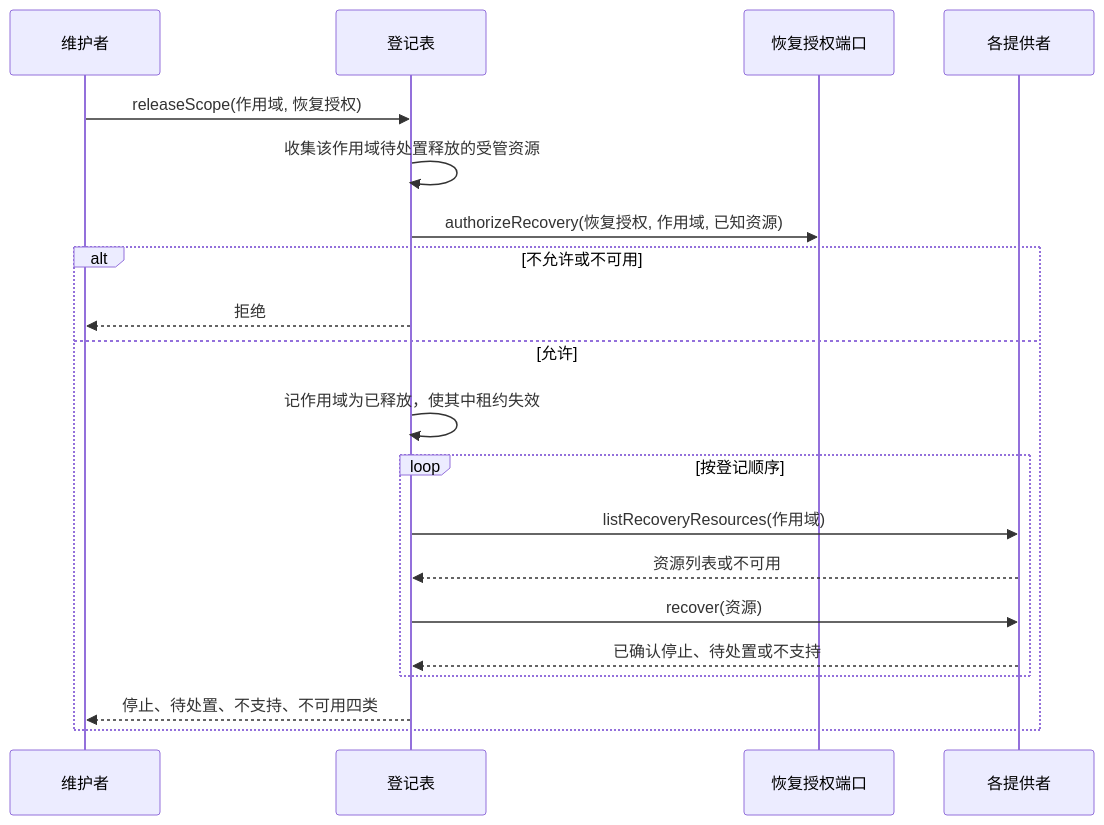
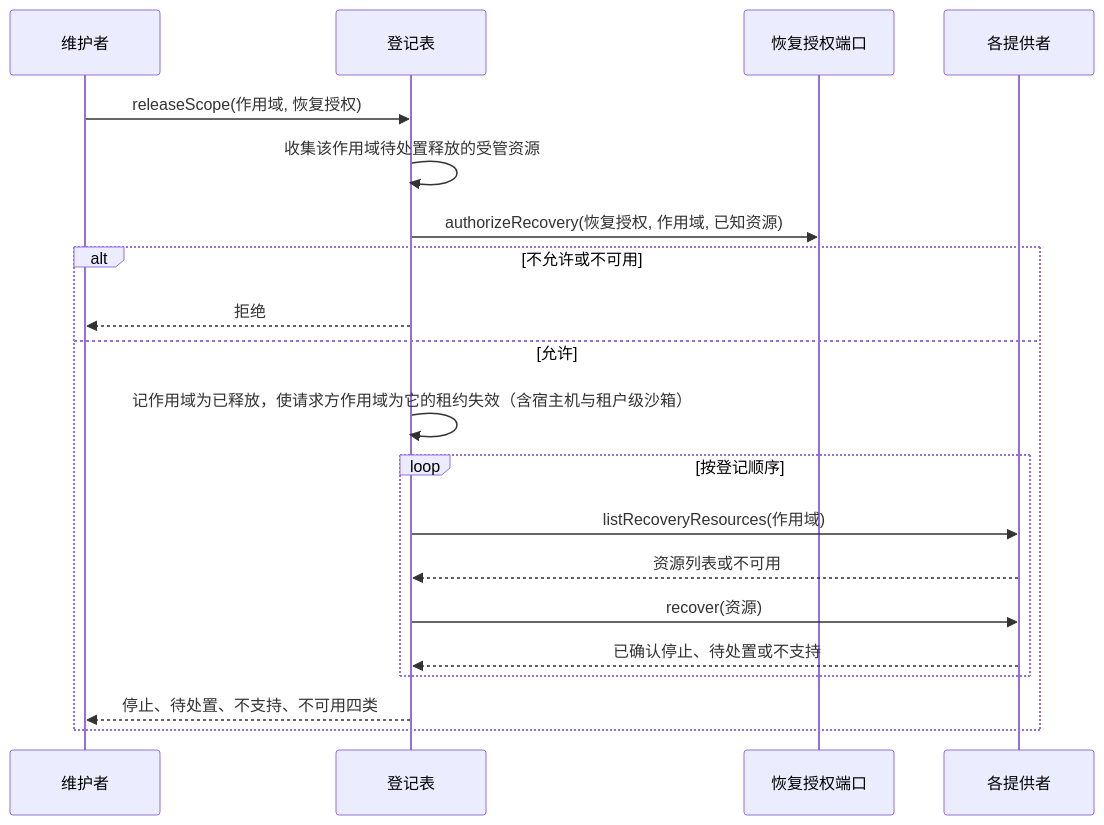
One commit to nemori-ai/omne-harness-lite changed the fourth of 5 diagrams in packages/execution/execution-environment/docs/flows.md. Above: the diagram before and after it, drawn with Mermaid. The commit also changed other lines of this file and 50 other files, not shown here.

````diff
--- a/packages/execution/execution-environment/docs/flows.md
+++ b/packages/execution/execution-environment/docs/flows.md
@@ -116,22 +120,22 @@
 ```mermaid
 sequenceDiagram
   participant M as 维护者
   participant R as 登记表
   participant A as 恢复授权端口
   participant P as 各提供者
   M->>R: releaseScope(作用域, 恢复授权)
   R->>R: 收集该作用域待处置释放的受管资源
   R->>A: authorizeRecovery(恢复授权, 作用域, 已知资源)
   alt 不允许或不可用
     R-->>M: 拒绝
   else 允许
-    R->>R: 记作用域为已释放，使其中租约失效
+    R->>R: 记作用域为已释放，使请求方作用域为它的租约失效（含宿主机与租户级沙箱）
     loop 按登记顺序
       R->>P: listRecoveryResources(作用域)
       P-->>R: 资源列表或不可用
       R->>P: recover(资源)
       P-->>R: 已确认停止、待处置或不支持
     end
     R-->>M: 停止、待处置、不支持、不可用四类
   end
 ```
````
